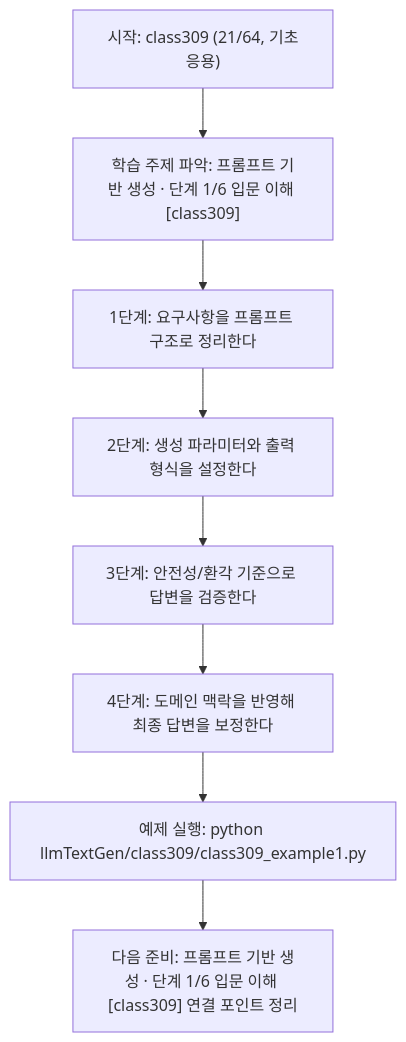
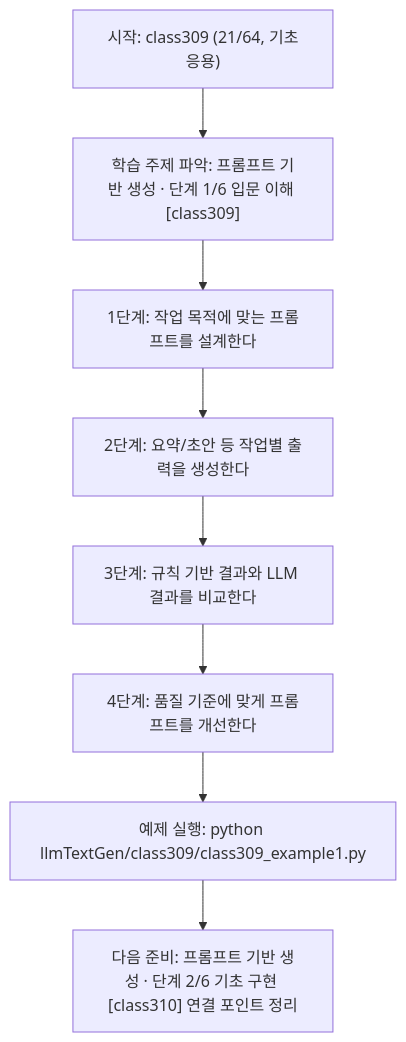
One commit to edumgt/Python-AI_Agent-Class changed the diagram in llmTextGen/class309/class309.md. Above: the diagram before and after it, drawn with Mermaid. The commit also changed other lines of this file and 451 other files, not shown here.

````diff
--- a/llmTextGen/class309/class309.md
+++ b/llmTextGen/class309/class309.md
@@ -114,18 +95,18 @@
 ```mermaid
 flowchart TD
 N1["시작: class309 (21/64, 기초응용)"]
 N2["학습 주제 파악: 프롬프트 기반 생성 · 단계 1/6 입문 이해 [class309]"]
-N3["1단계: 요구사항을 프롬프트 구조로 정리한다"]
-N4["2단계: 생성 파라미터와 출력 형식을 설정한다"]
-N5["3단계: 안전성/환각 기준으로 답변을 검증한다"]
-N6["4단계: 도메인 맥락을 반영해 최종 답변을 보정한다"]
+N3["1단계: 작업 목적에 맞는 프롬프트를 설계한다"]
+N4["2단계: 요약/초안 등 작업별 출력을 생성한다"]
+N5["3단계: 규칙 기반 결과와 LLM 결과를 비교한다"]
+N6["4단계: 품질 기준에 맞게 프롬프트를 개선한다"]
 N7["예제 실행: python llmTextGen/class309/class309_example1.py"]
-N8["다음 준비: 프롬프트 기반 생성 · 단계 1/6 입문 이해 [class309] 연결 포인트 정리"]
+N8["다음 준비: 프롬프트 기반 생성 · 단계 2/6 기초 구현 [class310] 연결 포인트 정리"]
 N1 --> N2
 N2 --> N3
 N3 --> N4
 N4 --> N5
 N5 --> N6
 N6 --> N7
 N7 --> N8
 ```
````
